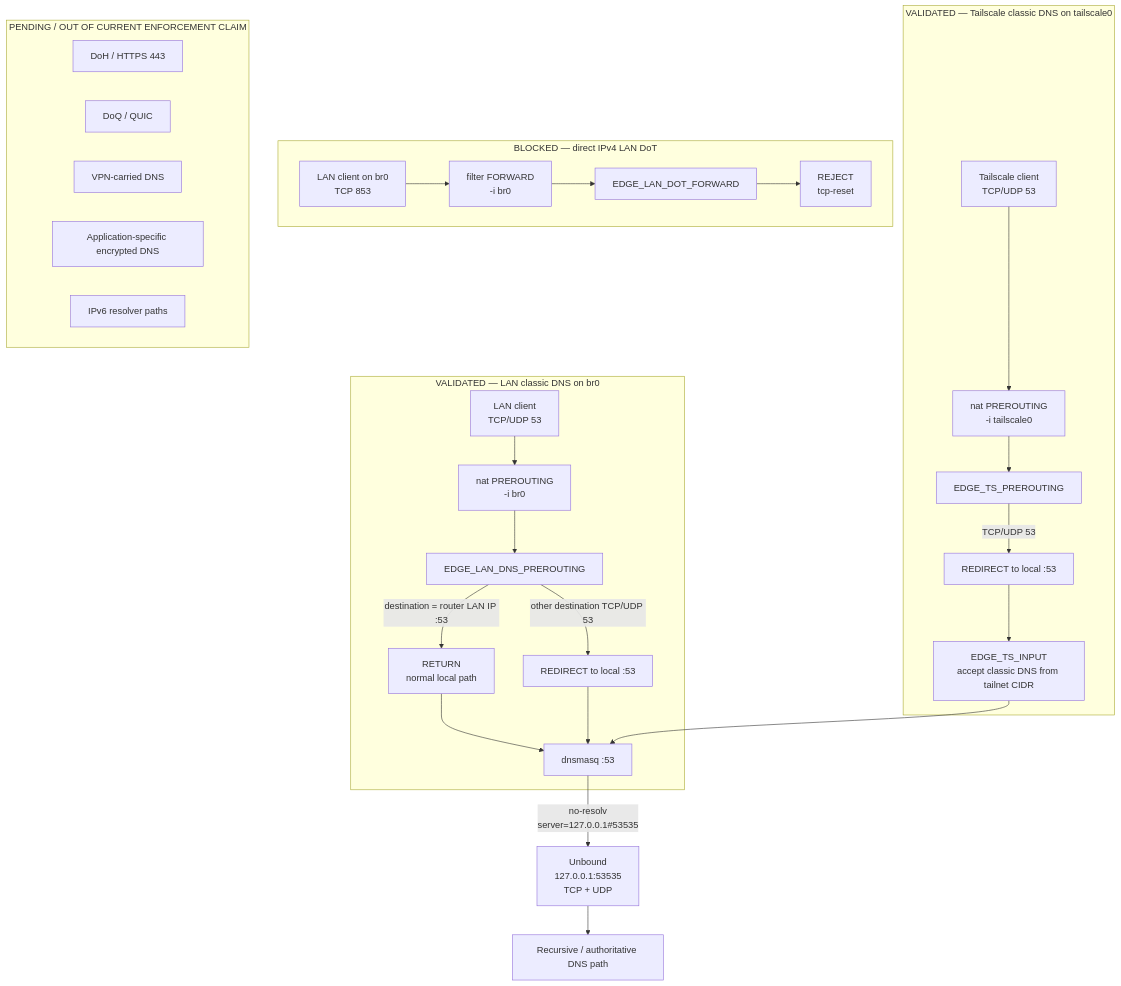
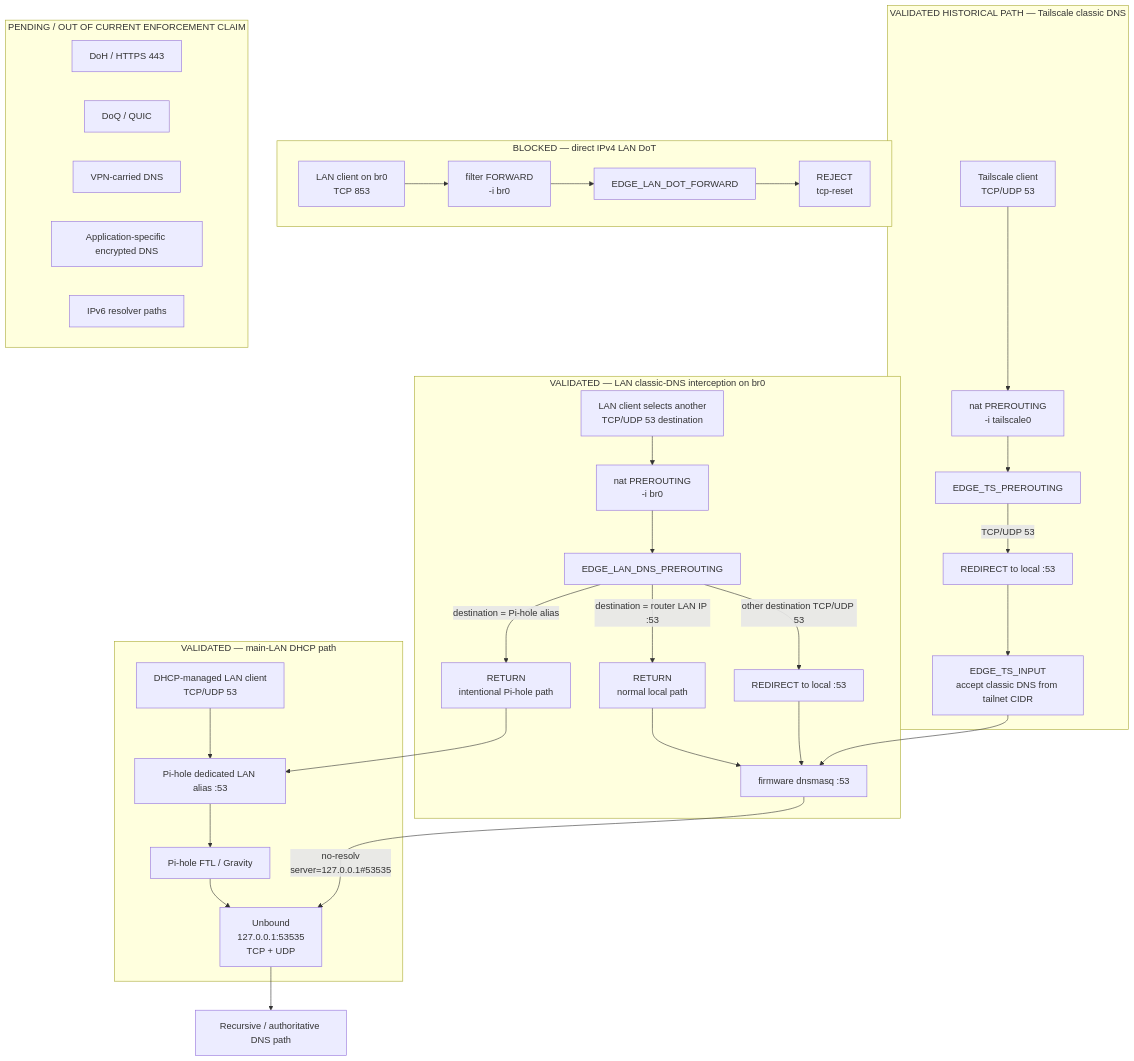
The diagram in docs/architecture/dns-enforcement-flow.md (wojko6/Advanced-ASUS-Edge-Gateway-ZTNA-Infrastructure), drawn with Mermaid before and after one commit. The commit also changed other lines of this file, not shown here.

Commit message:
docs: update canonical DNS flow for Pi-hole cutover

````diff
--- a/docs/architecture/dns-enforcement-flow.md
+++ b/docs/architecture/dns-enforcement-flow.md
@@ -7,36 +11,44 @@
 ```mermaid
 flowchart TD
-    subgraph LAN["VALIDATED — LAN classic DNS on br0"]
-        L["LAN client<br/>TCP/UDP 53"] --> LP["nat PREROUTING<br/>-i br0"]
+    subgraph DHCP["VALIDATED — main-LAN DHCP path"]
+        L["DHCP-managed LAN client<br/>TCP/UDP 53"] --> PIP["Pi-hole dedicated LAN alias :53"]
+        PIP --> PH["Pi-hole FTL / Gravity"]
+        PH --> U["Unbound<br/>127.0.0.1:53535<br/>TCP + UDP"]
+    end
+
+    subgraph LAN["VALIDATED — LAN classic-DNS interception on br0"]
+        E["LAN client selects another<br/>TCP/UDP 53 destination"] --> LP["nat PREROUTING<br/>-i br0"]
         LP --> LC["EDGE_LAN_DNS_PREROUTING"]
+        LC -->|"destination = Pi-hole alias"| PB["RETURN<br/>intentional Pi-hole path"]
+        PB --> PIP
         LC -->|"destination = router LAN IP :53"| LR["RETURN<br/>normal local path"]
         LC -->|"other destination TCP/UDP 53"| LX["REDIRECT to local :53"]
-        LR --> D["dnsmasq :53"]
+        LR --> D["firmware dnsmasq :53"]
         LX --> D
+        D -->|"no-resolv<br/>server=127.0.0.1#53535"| U
     end
 
-    subgraph TS["VALIDATED — Tailscale classic DNS on tailscale0"]
+    subgraph TS["VALIDATED HISTORICAL PATH — Tailscale classic DNS"]
         T["Tailscale client<br/>TCP/UDP 53"] --> TP["nat PREROUTING<br/>-i tailscale0"]
         TP --> TC["EDGE_TS_PREROUTING"]
         TC -->|"TCP/UDP 53"| TX["REDIRECT to local :53"]
         TX --> TI["EDGE_TS_INPUT<br/>accept classic DNS from tailnet CIDR"]
         TI --> D
     end
 
-    D -->|"no-resolv<br/>server=127.0.0.1#53535"| U["Unbound<br/>127.0.0.1:53535<br/>TCP + UDP"]
     U --> R["Recursive / authoritative DNS path"]
 
     subgraph DOT["BLOCKED — direct IPv4 LAN DoT"]
         DL["LAN client on br0<br/>TCP 853"] --> DF["filter FORWARD<br/>-i br0"]
         DF --> DC["EDGE_LAN_DOT_FORWARD"]
         DC --> DR["REJECT<br/>tcp-reset"]
     end
 
     subgraph OUT["PENDING / OUT OF CURRENT ENFORCEMENT CLAIM"]
         H["DoH / HTTPS 443"]
         Q["DoQ / QUIC"]
         V["VPN-carried DNS"]
         A["Application-specific encrypted DNS"]
         I6["IPv6 resolver paths"]
     end
 ```
````
